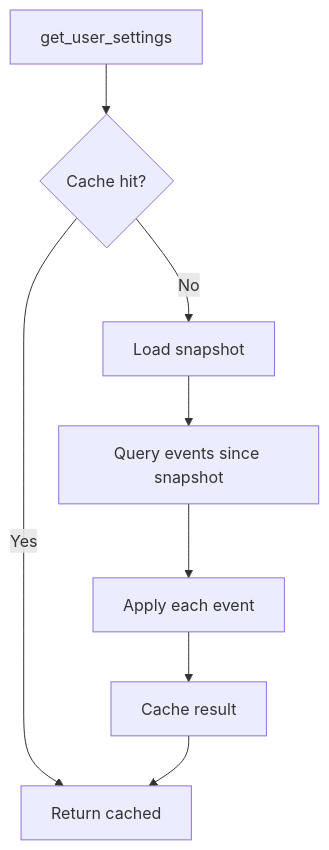
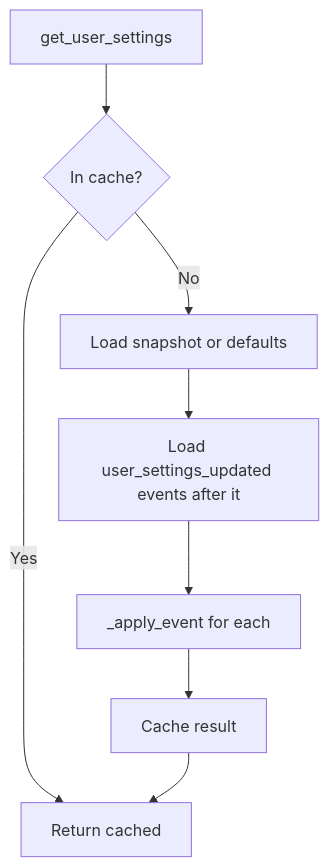
One commit to HardMax71/Integr8sCode changed the diagram in docs/architecture/user-settings-events.md. Above: the diagram before and after it, drawn with Mermaid. The commit also changed other lines of this file and 304 other files, not shown here.

````diff
--- a/docs/architecture/user-settings-events.md
+++ b/docs/architecture/user-settings-events.md
@@ -47,10 +44,10 @@
 ```mermaid
 graph TB
-    A[get_user_settings] --> B{Cache hit?}
+    A[get_user_settings] --> B{In cache?}
     B -->|Yes| C[Return cached]
-    B -->|No| D[Load snapshot]
-    D --> E[Query events since snapshot]
-    E --> F[Apply each event]
+    B -->|No| D[Load snapshot or defaults]
+    D --> E[Load user_settings_updated events after it]
+    E --> F[_apply_event for each]
     F --> G[Cache result]
     G --> C
 ```
````
